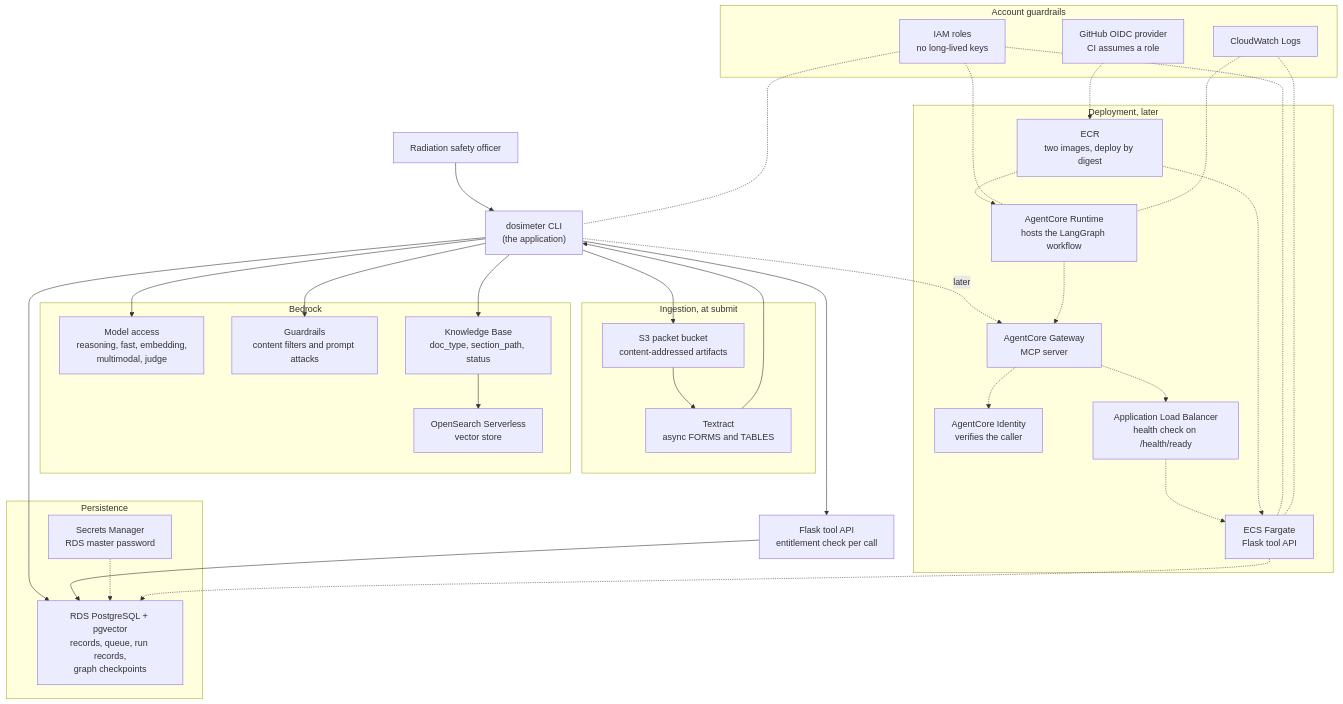
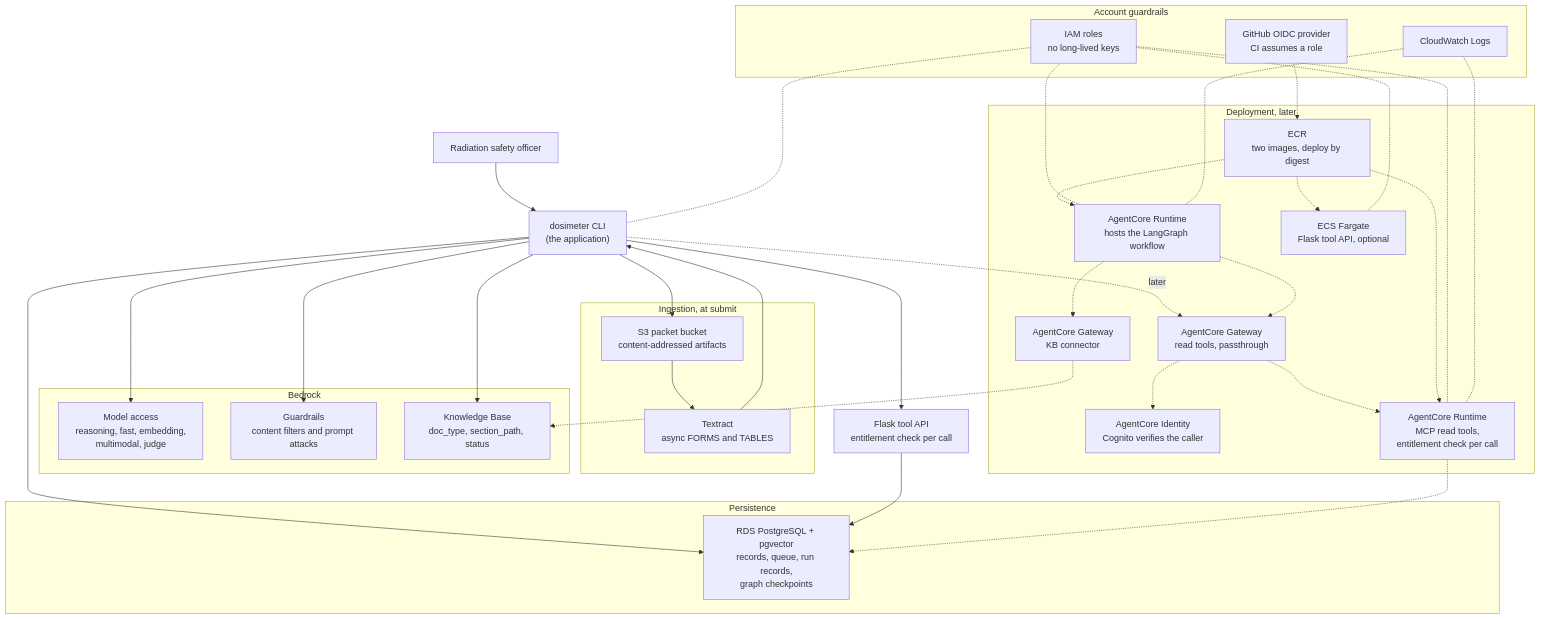
The diagram in docs/aws/architecture-diagram.md (Youtubbs/dosimeter), drawn with Mermaid before and after one commit. The commit also changed 41 other files, not shown here.

Commit message:
hosted the workflow and read tools on AgentCore with Cognito/SigV4 gateways, RDS IAM auth, CI/CD, and knowledge base retrieval/citation fixes

````diff
--- a/docs/aws/architecture-diagram.md
+++ b/docs/aws/architecture-diagram.md
@@ -3,66 +3,66 @@
 ```mermaid
 flowchart TB
     officer["Radiation safety officer"]
     cli["dosimeter CLI<br/>(the application)"]
 
     subgraph ingest["Ingestion, at submit"]
         s3["S3 packet bucket<br/>content-addressed artifacts"]
         textract["Textract<br/>async FORMS and TABLES"]
     end
 
     subgraph models["Bedrock"]
         bedrock["Model access<br/>reasoning, fast, embedding,<br/>multimodal, judge"]
         guardrails["Guardrails<br/>content filters and prompt attacks"]
         kb["Knowledge Base<br/>doc_type, section_path, status"]
-        aoss["OpenSearch Serverless<br/>vector store"]
     end
 
     subgraph store["Persistence"]
         rds["RDS PostgreSQL + pgvector<br/>records, queue, run records,<br/>graph checkpoints"]
-        secrets["Secrets Manager<br/>RDS master password"]
     end
 
     subgraph deploy["Deployment, later"]
         ecr["ECR<br/>two images, deploy by digest"]
         runtime["AgentCore Runtime<br/>hosts the LangGraph workflow"]
-        gateway["AgentCore Gateway<br/>MCP server"]
-        identity["AgentCore Identity<br/>verifies the caller"]
-        alb["Application Load Balancer<br/>health check on /health/ready"]
-        ecs["ECS Fargate<br/>Flask tool API"]
+        gateway["AgentCore Gateway<br/>read tools, passthrough"]
+        kbgateway["AgentCore Gateway<br/>KB connector"]
+        identity["AgentCore Identity<br/>Cognito verifies the caller"]
+        tools["AgentCore Runtime<br/>MCP read tools,<br/>entitlement check per call"]
+        ecs["ECS Fargate<br/>Flask tool API, optional"]
     end
 
     subgraph ops["Account guardrails"]
         iam["IAM roles<br/>no long-lived keys"]
         oidc["GitHub OIDC provider<br/>CI assumes a role"]
         logs["CloudWatch Logs"]
     end
 
     officer --> cli
     cli --> s3
     s3 --> textract
     textract --> cli
     cli --> guardrails
     cli --> bedrock
     cli --> kb
-    kb --> aoss
     cli --> rds
     cli --> api["Flask tool API<br/>entitlement check per call"]
     api --> rds
-    secrets -.-> rds
 
     cli -.->|"later"| gateway
     gateway -.-> identity
-    gateway -.-> alb
-    alb -.-> ecs
-    ecs -.-> rds
+    gateway -.-> tools
+    tools -.-> rds
+    kbgateway -.-> kb
     ecr -.-> ecs
     ecr -.-> runtime
+    ecr -.-> tools
     runtime -.-> gateway
+    runtime -.-> kbgateway
     oidc -.-> ecr
 
     iam -.- cli
     iam -.- ecs
     iam -.- runtime
-    logs -.- ecs
+    iam -.- tools
     logs -.- runtime
+    logs -.- tools
 ```
````
